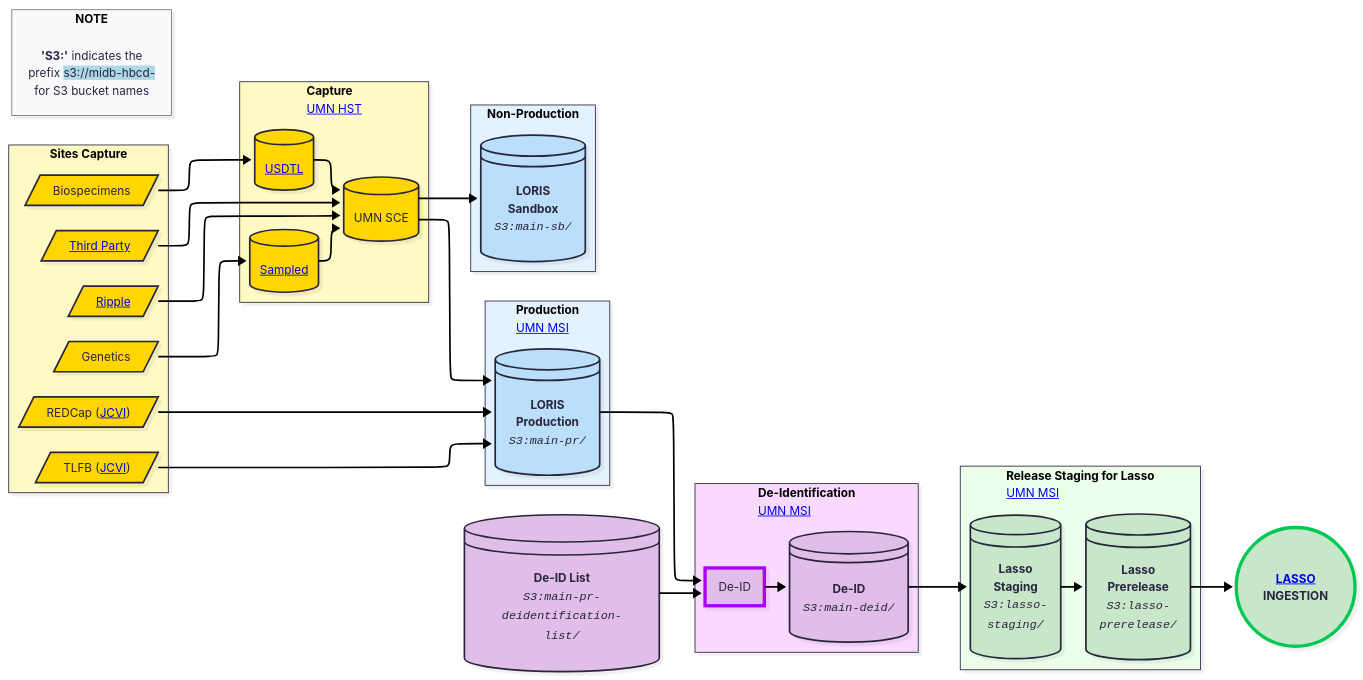
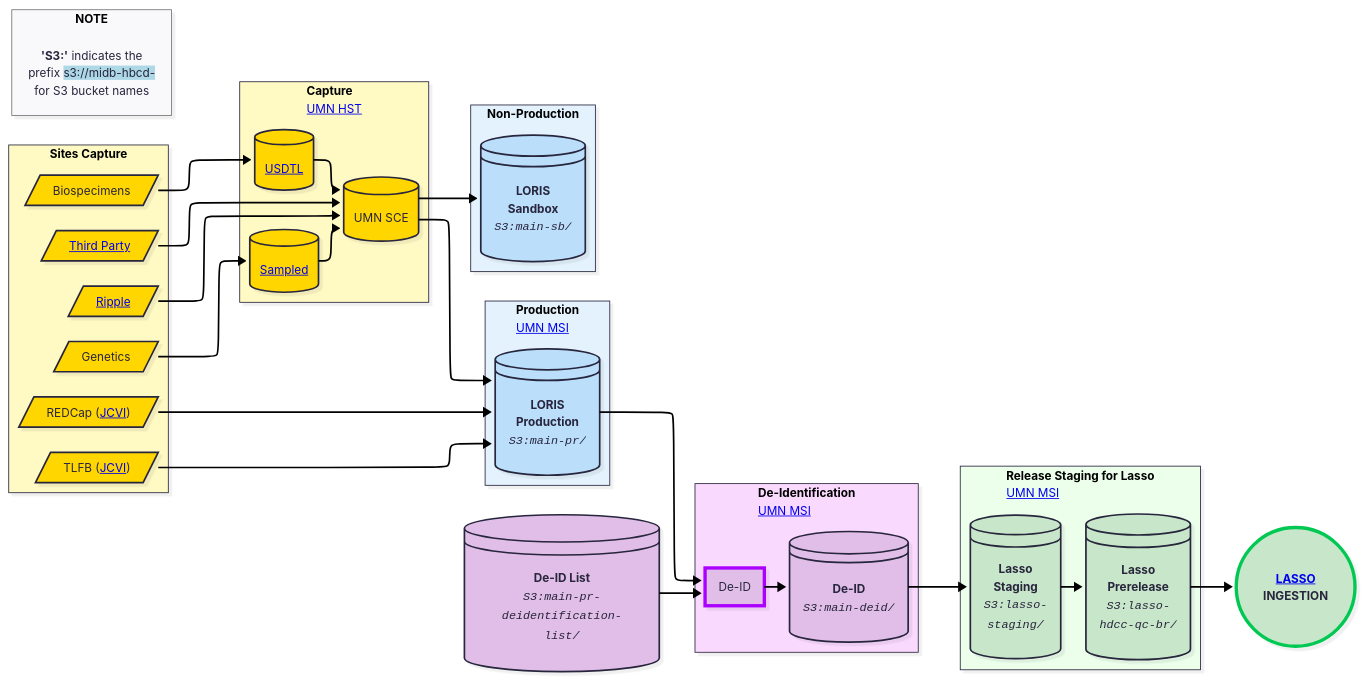
The diagram in src/mermaid/tab-wf.mmd (DCAN-Labs/hbcd-docs-internal), drawn with Mermaid before and after one commit. The commit also changed 2 other files, not shown here.

Commit message:
update bucket names in diagrams

```diff
--- a/src/mermaid/tab-wf.mmd
+++ b/src/mermaid/tab-wf.mmd
@@ -1,96 +1,96 @@
 ---
 config:
   layout: elk
   look: neo
   theme: redux
 ---
 flowchart LR
  subgraph Capture_LORIS["<b>Sites Capture</b><br>"]
         n13@{ label: "REDCap (<a href=\"../../orgcharts/#j-craig-venter-institute\" rel=\"noopener\" target=\"_blank\">JCVI</a>)" }
         n14@{ label: "TLFB (<a href=\"../../orgcharts/#j-craig-venter-institute\" rel=\"noopener\" target=\"_blank\">JCVI</a>)" }
         n16@{ label: "<a href=\"../../orgcharts/#ripple\" rel=\"noopener\" target=\"_blank\">Ripple</a>" }
         n17@{ label: "<a href=\"#third-party\" target=\"_top\">Third Party</a>" }
         n18["Biospecimens"]
         n19["Genetics"]
   end
  subgraph s1["<b>Production</b><br><a href=../../orgcharts/#midb-informatics-hub-msi rel=noopener target=_blank>UMN MSI</a>"]
         n15@{ label: "<b>LORIS<br>Production</b><br><span style=\"color:\"><code><i>S3:main-pr/</i></code></span>" }
   end
  subgraph s2["<b>Capture</b><br><a href=../../orgcharts/#health-sciences-technology rel=noopener target=_blank>UMN HST</a>"]
         n20@{ label: "<a href=\"https://sampled.com/\">Sampled</a>" }
         n21["UMN SCE"]
         n22@{ label: "<a href=\"https://www.usdtl.com/\">USDTL</a>" }
   end
  subgraph s3["<b>Non-Production</b>"]
         n23["<b>LORIS<br>Sandbox</b><br><code><i>S3:main-sb/</i></code>"]
   end
  subgraph s4["<b>De-Identification</b><br><a href=../../orgcharts/#midb-informatics-hub-msi rel=noopener target=_blank>UMN MSI</a>"]
         n25["De-ID"]
         n26["<b>De-ID<br></b><code><i>S3:main-deid/</i></code>"]
   end
  subgraph s5["<b>Release Staging for Lasso</b><br><a href=../../orgcharts/#midb-informatics-hub-msi rel=noopener target=_blank>UMN MSI</a>"]
         n27["<b>Lasso<br>Staging</b><br><code><i>S3:lasso-<br>staging/</i></code>"]
-        n28@{ label: "<b>Lasso<br>Prerelease<br></b><code><i><span style=\"background-color:\">S3:</span>lasso-<br>prerelease/</i></code>" }
+        n28@{ label: "<b>Lasso<br>Prerelease<br></b><code><i><span style=\"background-color:\">S3:</span>lasso-<br>hdcc-qc-br/</i></code>" }
   end
  subgraph s6["<b>NOTE</b>"]
         legend@{ label: "<b>'S3:'</b> indicates the<br>prefix <span style=\"background-color:lightblue;\">s3://midb-hbcd-<br></span>for S3 bucket names" }
   end
     n13 --> n15
     n14 --> n15
     n16 --> n21
     n17 --> n21
     n19 --> n20
     n18 --> n22
     n20 --> n21
     n22 --> n21
     n21 --> n15 & n23
     n15 --> n25
     n25 --> n26
     n27 --> n28
     n26 --> n27
     n29["<b>De-ID List<br></b><code><i>S3:main-pr-deidentification-<br>list/</i></code>"] --> n25
     n28 --> n30@{ label: "<a href=\"../../orgcharts/#lasso\" rel=\"noopener\" target=\"_blank\"><b>LASSO</a><br>INGESTION</b>" }
     n13@{ shape: lean-r}
     n14@{ shape: lean-r}
     n16@{ shape: lean-r}
     n17@{ shape: lean-r}
     n18@{ shape: lean-r}
     n19@{ shape: lean-r}
     n15@{ shape: disk}
     n20@{ shape: db}
     n21@{ shape: db}
     n22@{ shape: db}
     n23@{ shape: disk}
     n25@{ shape: rect}
     n26@{ shape: disk}
     n27@{ shape: disk}
     n28@{ shape: disk}
     legend@{ shape: text}
     n29@{ shape: disk}
     n30@{ shape: circle}
     s4@{ shape: rect}
     s5@{ shape: rect}
     style n13 fill:#FFD600
     style n14 fill:#FFD600
     style n16 fill:#FFD600
     style n17 fill:#FFD600
     style n18 fill:#FFD600
     style n19 fill:#FFD600
     style n15 fill:#BBDEFB
     style n20 fill:#FFD600
     style n21 fill:#FFD600
     style n22 fill:#FFD600
     style n23 fill:#BBDEFB
     style n25 fill:#E1BEE7,stroke:#AA00FF,stroke-width:4px,stroke-dasharray: 0
     style n26 fill:#E1BEE7
     style n27 fill:#C8E6C9
     style n28 fill:#C8E6C9
     style n29 fill:#E1BEE7
     style n30 fill:#C8E6C9,stroke:#00C853,stroke-width:4px,stroke-dasharray: 0
     style s4 fill:#FAD9FF
     style s5 fill:#EBFFEB
     style Capture_LORIS fill:#FFF9C4
     style s1 fill:#E3F2FD
     style s2 fill:#FFF9C4
     style s3 fill:#E3F2FD
     style s6 color:#000000,stroke:#757575
```
